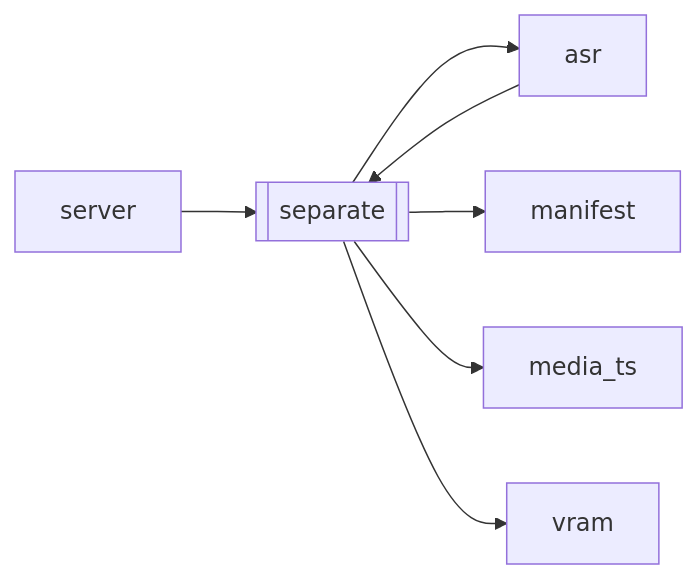
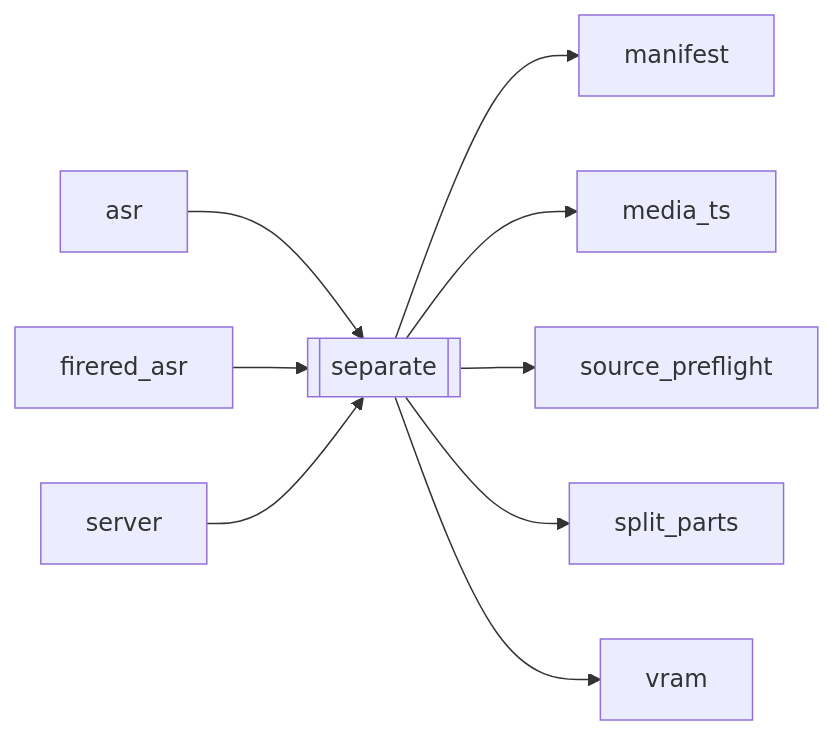
The diagram in docs/brain/modules/separate.md (kjza178/PineLineV4), drawn with Mermaid before and after one commit. The commit also changed other lines of this file and 200 other files, not shown here.

````diff
--- a/docs/brain/modules/separate.md
+++ b/docs/brain/modules/separate.md
@@ -17,10 +17,12 @@
 ```mermaid
 flowchart LR
   separate[[separate]]
   asr[asr] --> separate
+  firered_asr[firered_asr] --> separate
   server[server] --> separate
-  separate --> asr[asr]
   separate --> manifest[manifest]
   separate --> media_ts[media_ts]
+  separate --> source_preflight[source_preflight]
+  separate --> split_parts[split_parts]
   separate --> vram[vram]
 ```
````
